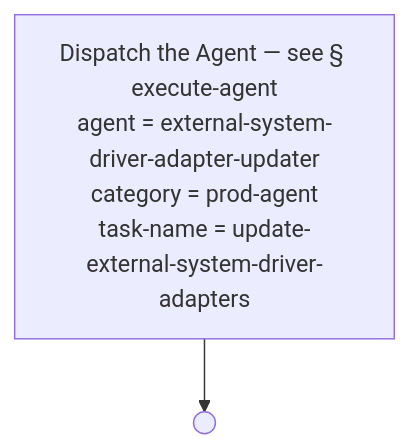
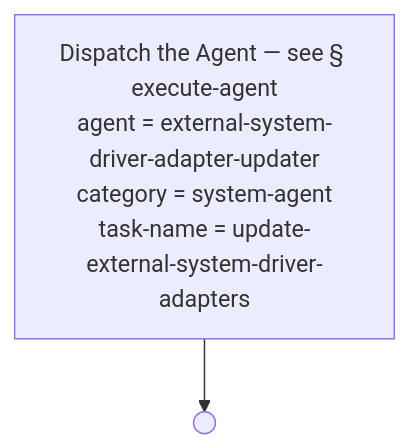
Before and after one commit to optivem/gh-optivem: diagram 51 of 54 in docs/process-diagram.md, drawn with Mermaid. The commit also changed other lines of this file and 12 other files, not shown here.

Commit message:
atdd: regenerate process-flow diagram

````diff
--- a/docs/process-diagram.md
+++ b/docs/process-diagram.md
@@ -995,7 +995,7 @@
 ```mermaid
 flowchart TD
-    EXECUTE_AGENT["Dispatch the Agent — see § execute-agent<br/>agent = external-system-driver-adapter-updater<br/>category = prod-agent<br/>task-name = update-external-system-driver-adapters"]
+    EXECUTE_AGENT["Dispatch the Agent — see § execute-agent<br/>agent = external-system-driver-adapter-updater<br/>category = system-agent<br/>task-name = update-external-system-driver-adapters"]
     UPDATE_EXT_DA_END(( ))
 
     EXECUTE_AGENT --> UPDATE_EXT_DA_END
 ```
````
